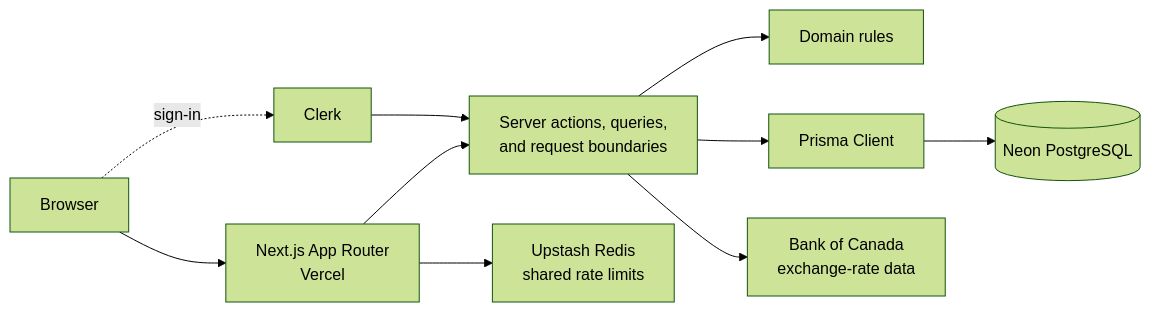
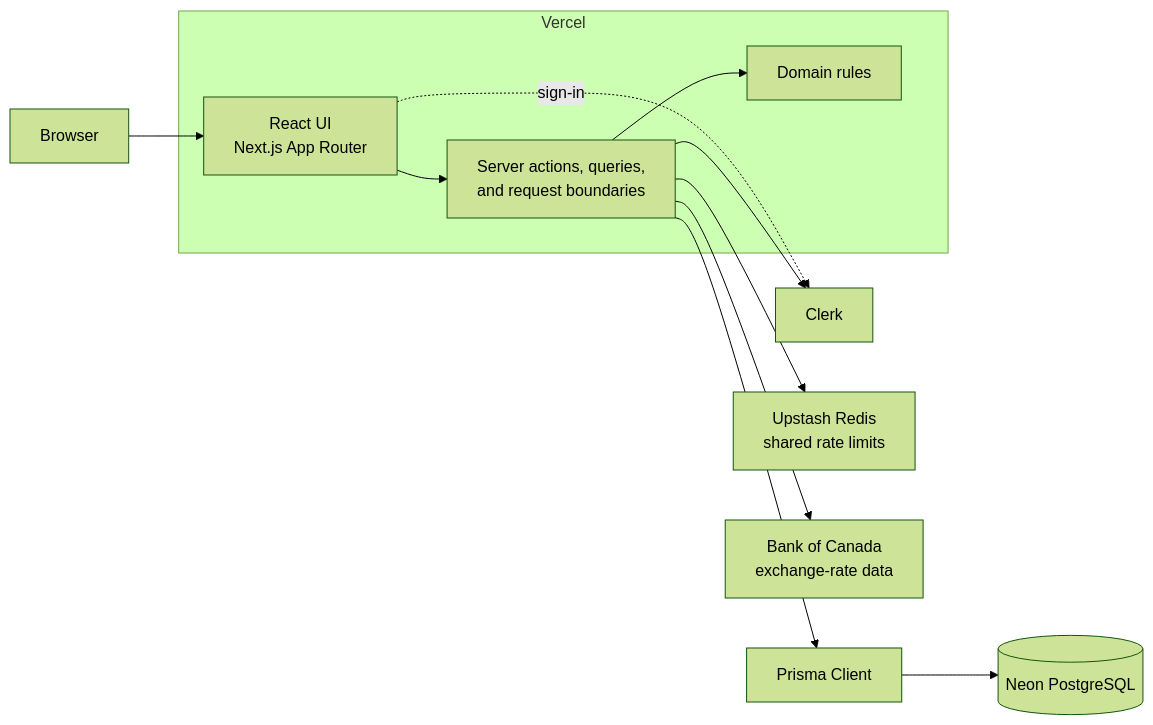
The first of 2 diagrams in README.md (howardleung/purupuru), drawn with Mermaid (forest theme) before and after one commit. The commit also changed other lines of this file, not shown here.

````diff
--- a/README.md
+++ b/README.md
@@ -22,12 +37,20 @@
 ```mermaid
 flowchart LR
-    Browser[Browser] --> Web[Next.js App Router<br/>Vercel]
-    Browser -. sign-in .-> Clerk[Clerk]
-    Web --> Server[Server actions, queries,<br/>and request boundaries]
-    Server --> Domain[Domain rules]
+    Browser[Browser]
+
+    subgraph Vercel[Vercel]
+        UI[React UI<br/>Next.js App Router]
+        Server[Server actions, queries,<br/>and request boundaries]
+        Domain[Domain rules]
+    end
+
+    Browser --> UI
+    UI --> Server
+    UI -. sign-in .-> Clerk[Clerk]
+    Server --> Clerk
+    Server --> Domain
+    Server --> Redis[Upstash Redis<br/>shared rate limits]
+    Server --> FX[Bank of Canada<br/>exchange-rate data]
     Server --> Prisma[Prisma Client]
     Prisma --> Neon[(Neon PostgreSQL)]
-    Web --> Redis[Upstash Redis<br/>shared rate limits]
-    Server --> FX[Bank of Canada<br/>exchange-rate data]
-    Clerk --> Server
 ```
````
